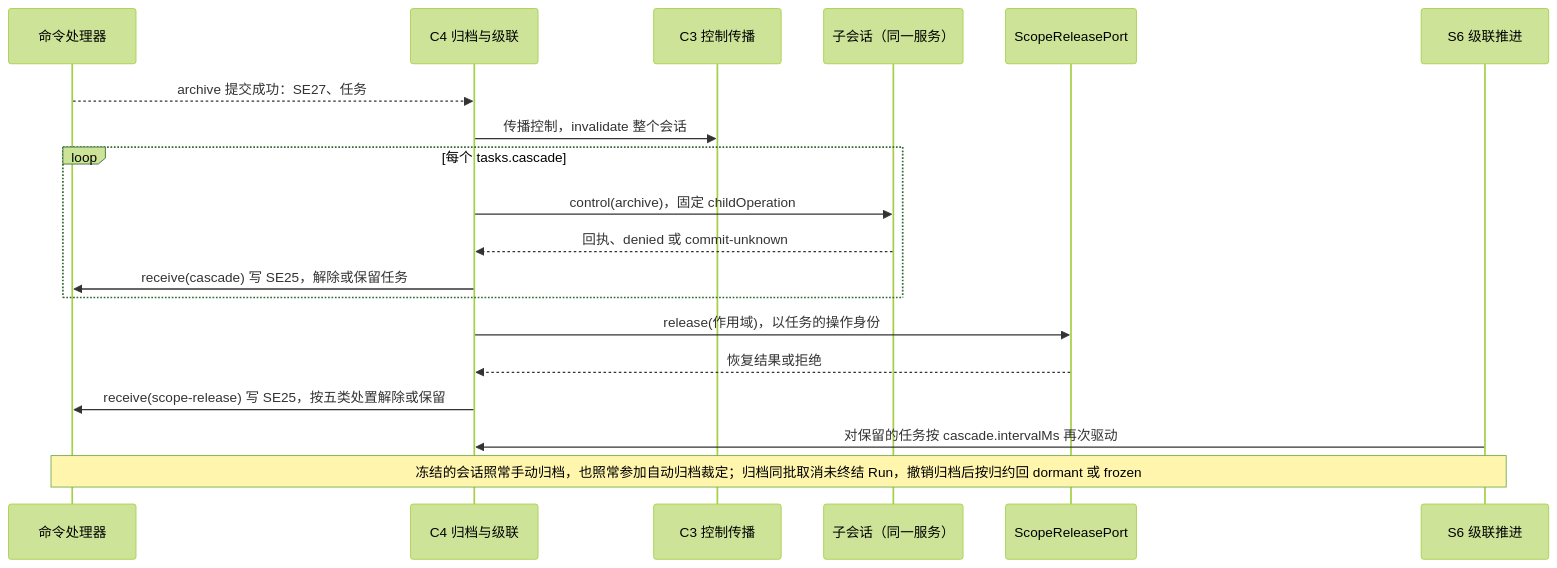
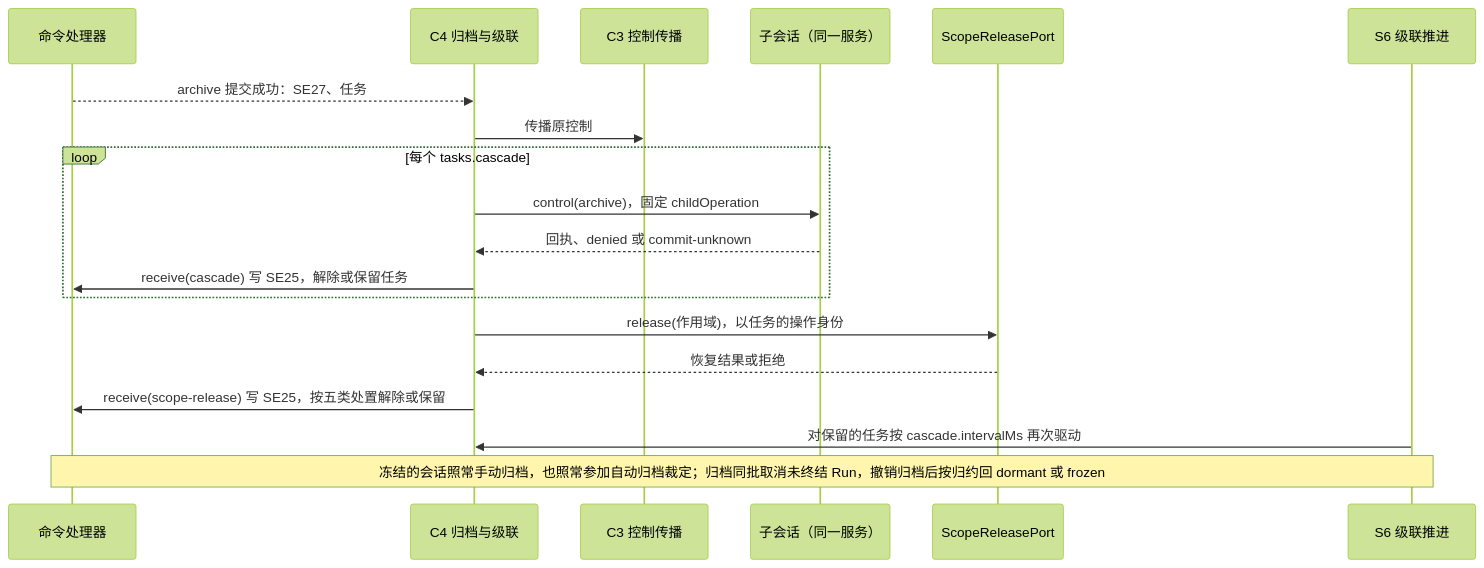
The seventh of 15 diagrams in packages/session/session/docs/flows.md (nemori-ai/omne-harness-lite), drawn with Mermaid (forest theme) before and after one commit. The commit also changed other lines of this file and 44 other files, not shown here.

````diff
--- a/packages/session/session/docs/flows.md
+++ b/packages/session/session/docs/flows.md
@@ -217,21 +196,21 @@
 ```mermaid
 sequenceDiagram
     participant CP as 命令处理器
     participant C4 as C4 归档与级联
     participant C3 as C3 控制传播
     participant Child as 子会话（同一服务）
     participant SR as ScopeReleasePort
     participant S6 as S6 级联推进
     CP-->>C4: archive 提交成功：SE27、任务
-    C4->>C3: 传播控制，invalidate 整个会话
+    C4->>C3: 传播原控制
     loop 每个 tasks.cascade
         C4->>Child: control(archive)，固定 childOperation
         Child-->>C4: 回执、denied 或 commit-unknown
         C4->>CP: receive(cascade) 写 SE25，解除或保留任务
     end
     C4->>SR: release(作用域)，以任务的操作身份
     SR-->>C4: 恢复结果或拒绝
     C4->>CP: receive(scope-release) 写 SE25，按五类处置解除或保留
     S6->>C4: 对保留的任务按 cascade.intervalMs 再次驱动
     Note over CP,S6: 冻结的会话照常手动归档，也照常参加自动归档裁定；归档同批取消未终结 Run，撤销归档后按归约回 dormant 或 frozen
 ```
````
